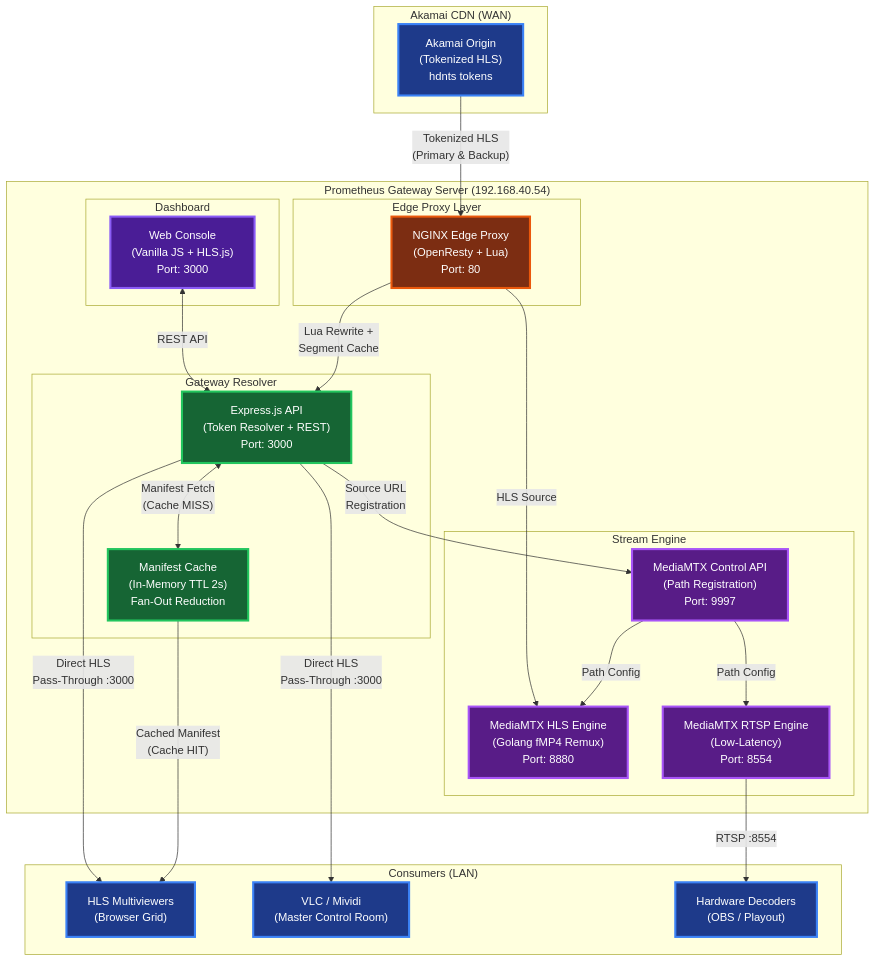
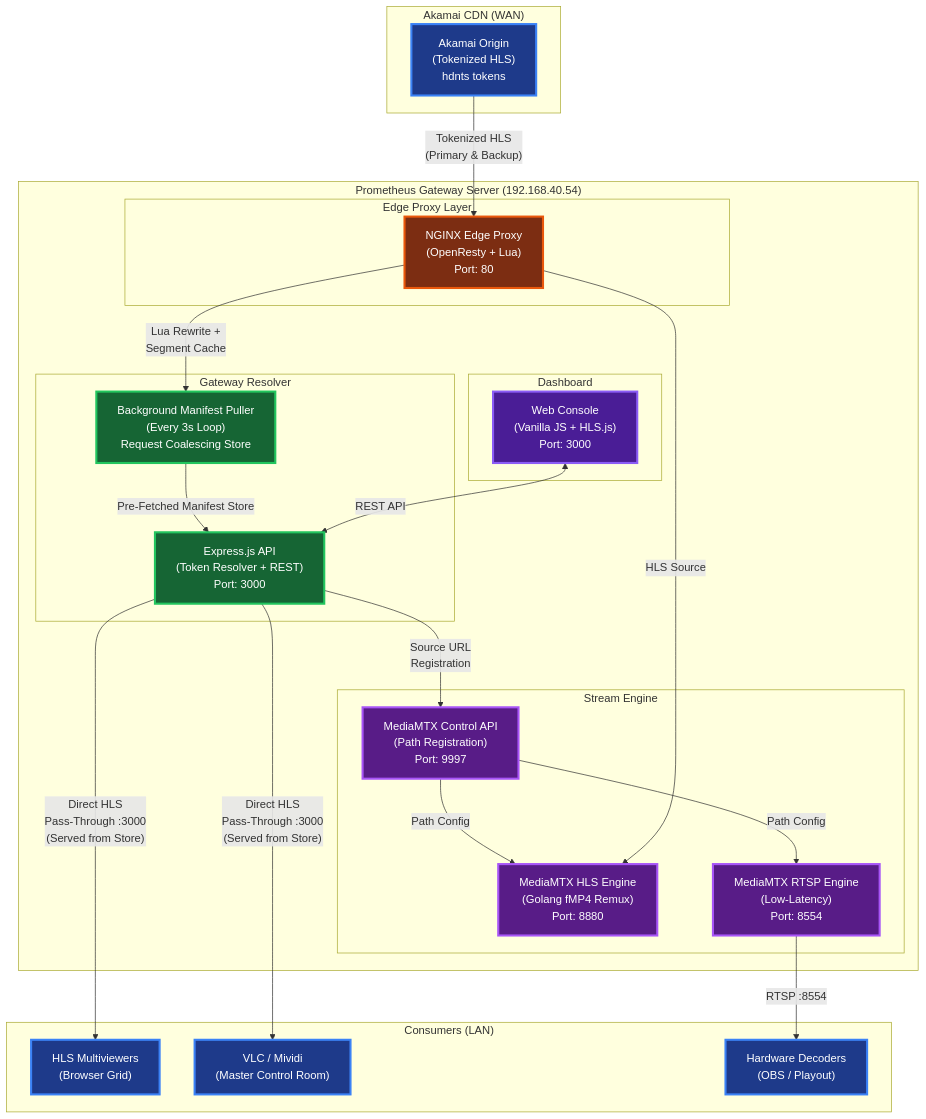
One commit to visual-alchemy/prometheus-project changed the first of 3 diagrams in README.md. Above: the diagram before and after it, drawn with Mermaid. The commit also changed other lines of this file and 1 other file, not shown here.

Commit message:
feat: implement Option B background manifest puller for guaranteed request coalescing

````diff
--- a/README.md
+++ b/README.md
@@ -32,62 +32,61 @@
 ```mermaid
 graph TB
     subgraph "Akamai CDN (WAN)"
         AK["Akamai Origin<br/>(Tokenized HLS)<br/>hdnts tokens"]
     end
 
     subgraph "Prometheus Gateway Server (192.168.40.54)"
         subgraph "Edge Proxy Layer"
             NX["NGINX Edge Proxy<br/>(OpenResty + Lua)<br/>Port: 80"]
         end
 
         subgraph "Gateway Resolver"
             GW["Express.js API<br/>(Token Resolver + REST)<br/>Port: 3000"]
-            MC["Manifest Cache<br/>(In-Memory TTL 2s)<br/>Fan-Out Reduction"]
+            PULL["Background Manifest Puller<br/>(Every 3s Loop)<br/>Request Coalescing Store"]
         end
 
         subgraph "Stream Engine"
             MTX_HLS["MediaMTX HLS Engine<br/>(Golang fMP4 Remux)<br/>Port: 8880"]
             MTX_RTSP["MediaMTX RTSP Engine<br/>(Low-Latency)<br/>Port: 8554"]
             MTX_API["MediaMTX Control API<br/>(Path Registration)<br/>Port: 9997"]
         end
 
         subgraph "Dashboard"
             UI["Web Console<br/>(Vanilla JS + HLS.js)<br/>Port: 3000"]
         end
     end
 
     subgraph "Consumers (LAN)"
         MV["HLS Multiviewers<br/>(Browser Grid)"]
         VLC["VLC / Mividi<br/>(Master Control Room)"]
         DEC["Hardware Decoders<br/>(OBS / Playout)"]
     end
 
     AK -->|"Tokenized HLS<br/>(Primary & Backup)"| NX
-    NX -->|"Lua Rewrite +<br/>Segment Cache"| GW
-    GW <-->|"Manifest Fetch<br/>(Cache MISS)"| MC
+    NX -->|"Lua Rewrite +<br/>Segment Cache"| PULL
+    PULL -->|"Pre-Fetched Manifest Store"| GW
     GW -->|"Source URL<br/>Registration"| MTX_API
     MTX_API -->|"Path Config"| MTX_HLS
     MTX_API -->|"Path Config"| MTX_RTSP
     NX -->|"HLS Source"| MTX_HLS
 
-    MC -->|"Cached Manifest<br/>(Cache HIT)"| MV
-    GW -->|"Direct HLS<br/>Pass-Through :3000"| MV
-    GW -->|"Direct HLS<br/>Pass-Through :3000"| VLC
+    GW -->|"Direct HLS<br/>Pass-Through :3000<br/>(Served from Store)"| MV
+    GW -->|"Direct HLS<br/>Pass-Through :3000<br/>(Served from Store)"| VLC
     MTX_RTSP -->|"RTSP :8554"| DEC
 
     UI <-->|"REST API"| GW
 
     classDef cdn fill:#1e3a8a,stroke:#3b82f6,stroke-width:3px,color:#ffffff
     classDef proxy fill:#7c2d12,stroke:#ea580c,stroke-width:3px,color:#ffffff
     classDef gateway fill:#166534,stroke:#22c55e,stroke-width:3px,color:#ffffff
     classDef engine fill:#581c87,stroke:#a855f7,stroke-width:3px,color:#ffffff
     classDef consumer fill:#1e3a8a,stroke:#3b82f6,stroke-width:3px,color:#ffffff
     classDef ui fill:#4a1d96,stroke:#8b5cf6,stroke-width:3px,color:#ffffff
 
     class AK cdn
     class NX proxy
-    class GW,MC gateway
+    class GW,PULL gateway
     class MTX_HLS,MTX_RTSP,MTX_API engine
     class MV,VLC,DEC consumer
     class UI ui
 ```
````
